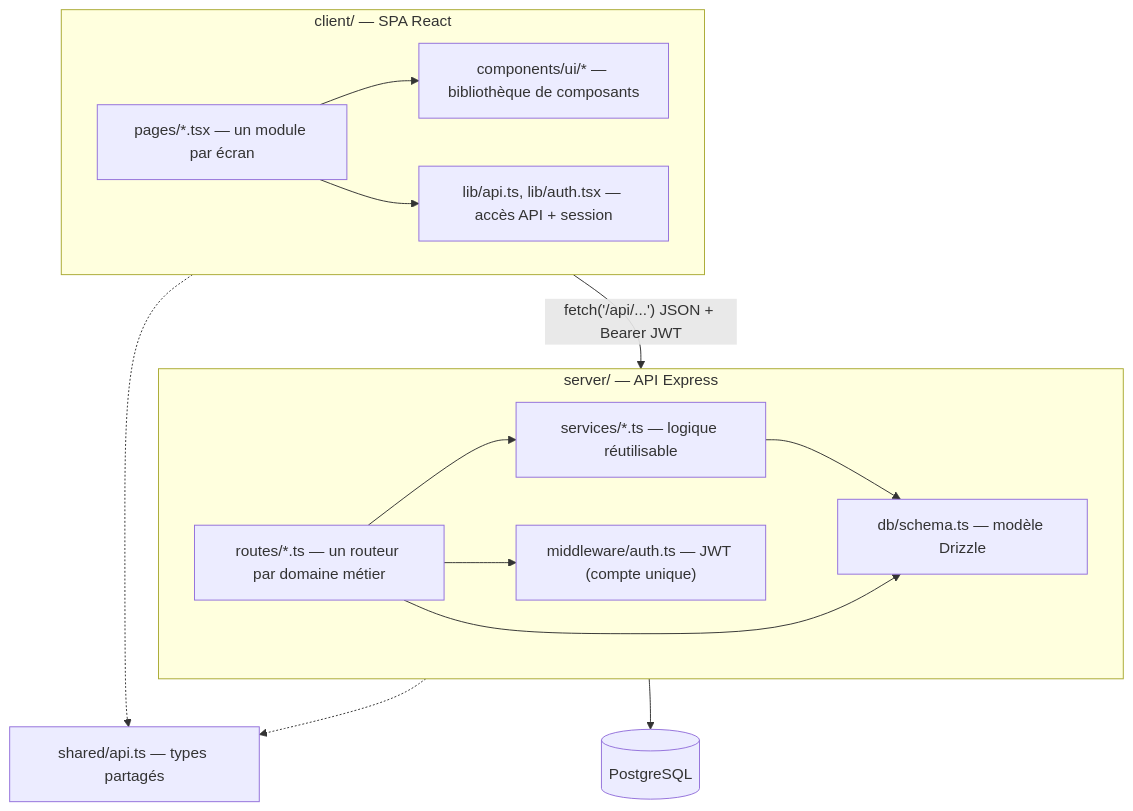
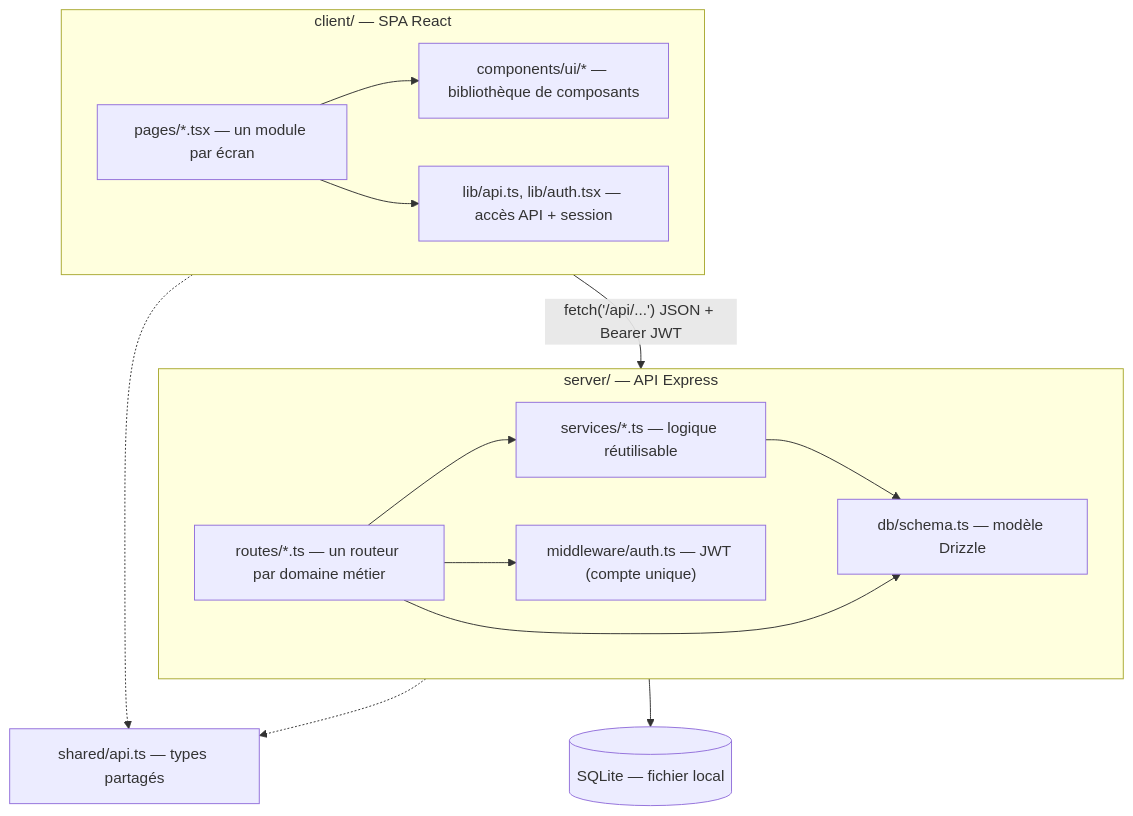
One commit to OmarOufissa/turbo-journey changed the diagram in epi-epc-app/docs/architecture.md. Above: the diagram before and after it, drawn with Mermaid. The commit also changed other lines of this file and 34 other files, not shown here.

First line of the commit message:
Repackage GEPI as a downloadable Electron desktop app (SQLite instead of Postgres)

````diff
--- a/epi-epc-app/docs/architecture.md
+++ b/epi-epc-app/docs/architecture.md
@@ -5,28 +5,28 @@
 ```mermaid
 flowchart TB
     subgraph Client["client/ — SPA React"]
         Pages["pages/*.tsx — un module par écran"]
         UI["components/ui/* — bibliothèque de composants"]
         Lib["lib/api.ts, lib/auth.tsx — accès API + session"]
         Pages --> UI
         Pages --> Lib
     end
 
     subgraph Server["server/ — API Express"]
         Routes["routes/*.ts — un routeur par domaine métier"]
         Services["services/*.ts — logique réutilisable"]
         Middleware["middleware/auth.ts — JWT (compte unique)"]
         Schema["db/schema.ts — modèle Drizzle"]
         Routes --> Services
         Routes --> Middleware
         Services --> Schema
         Routes --> Schema
     end
 
     Shared["shared/api.ts — types partagés"]
 
     Client -- "fetch('/api/...') JSON + Bearer JWT" --> Server
     Client -.-> Shared
     Server -.-> Shared
-    Server --> Postgres[(PostgreSQL)]
+    Server --> SQLite[(SQLite — fichier local)]
 ```
````
